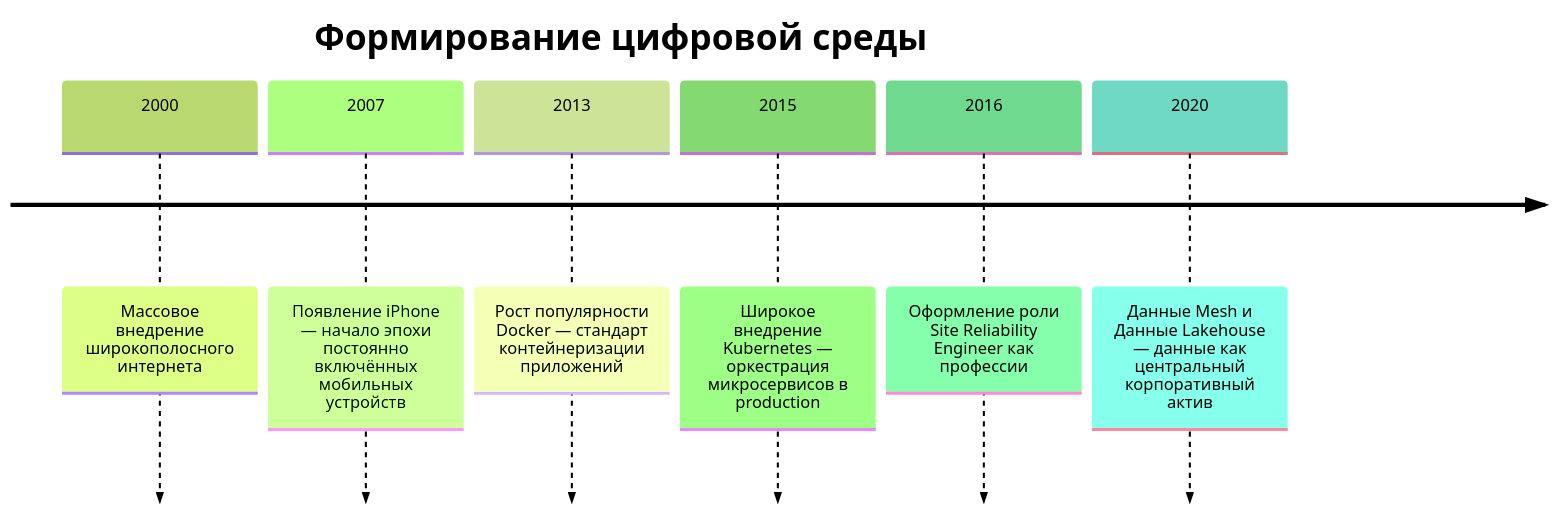
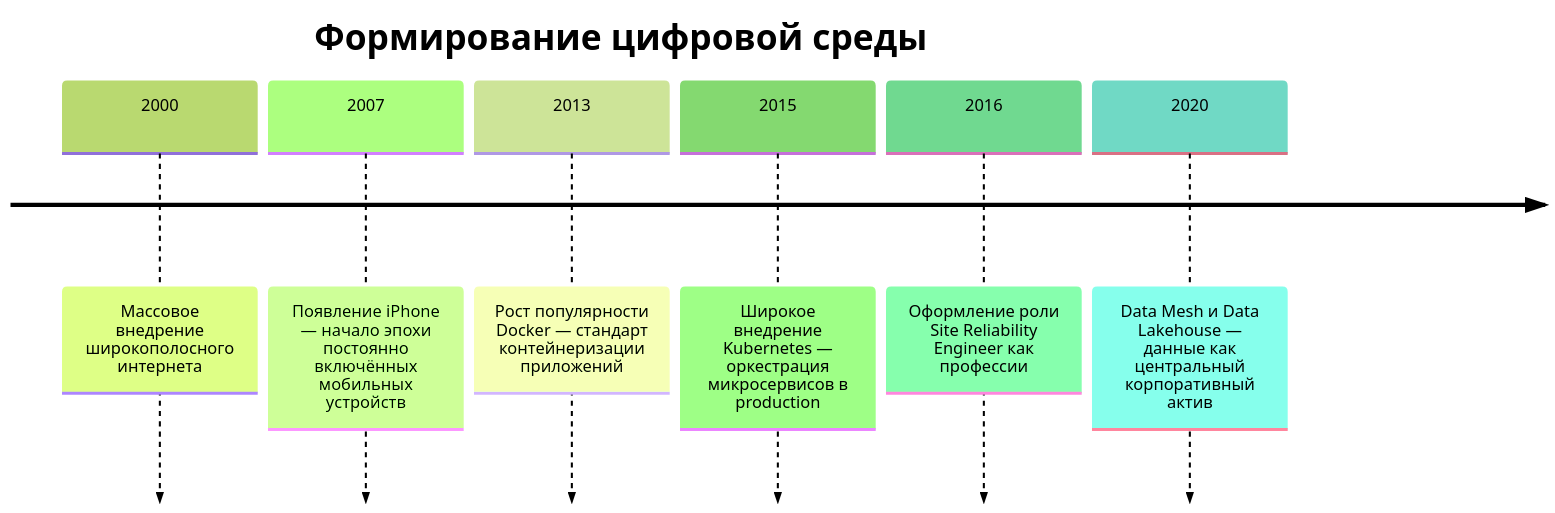
One commit to Spirzen/it-knowledge-base changed the fourth of 5 diagrams in docs/encyclopedia/1-basics/1-07-nemnogo-o-proshlom/1.md. Above: the diagram before and after it, drawn with Mermaid (forest theme). The commit also changed other lines of this file and 1787 other files, not shown here.

````diff
--- a/docs/encyclopedia/1-basics/1-07-nemnogo-o-proshlom/1.md
+++ b/docs/encyclopedia/1-basics/1-07-nemnogo-o-proshlom/1.md
@@ -130,10 +136,10 @@
 ```mermaid
 timeline
     title Формирование цифровой среды
     2000 : Массовое внедрение широкополосного интернета
     2007 : Появление iPhone — начало эпохи постоянно включённых мобильных устройств
     2013 : Рост популярности Docker — стандарт контейнеризации приложений
     2015 : Широкое внедрение Kubernetes — оркестрация микросервисов в production
     2016 : Оформление роли Site Reliability Engineer как профессии
-    2020 : Данные Mesh и Данные Lakehouse — данные как центральный корпоративный актив
+    2020 : Data Mesh и Data Lakehouse — данные как центральный корпоративный актив
 ```
````
